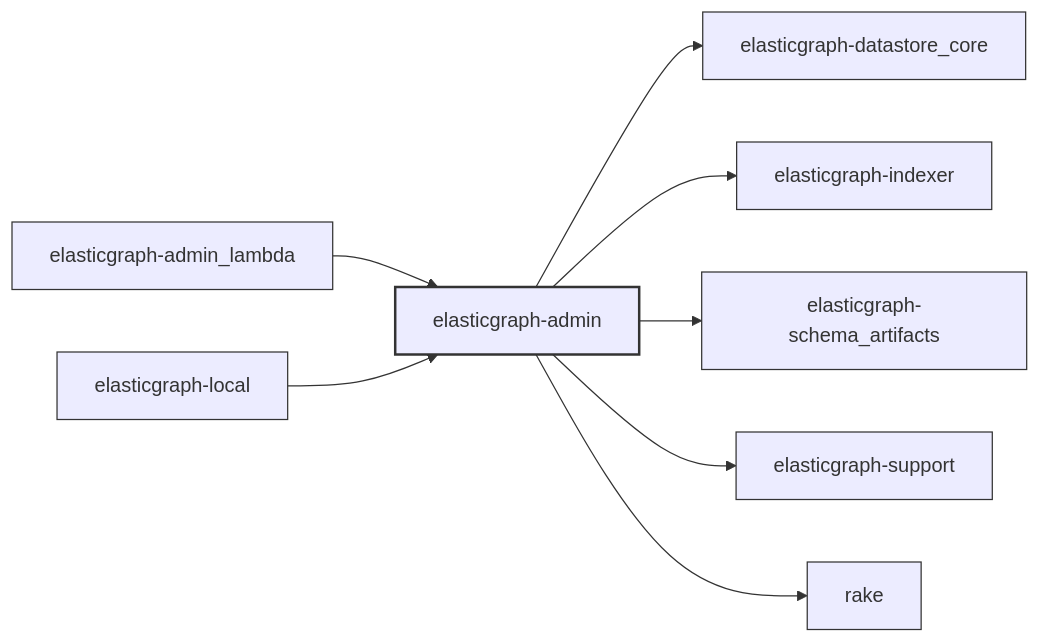
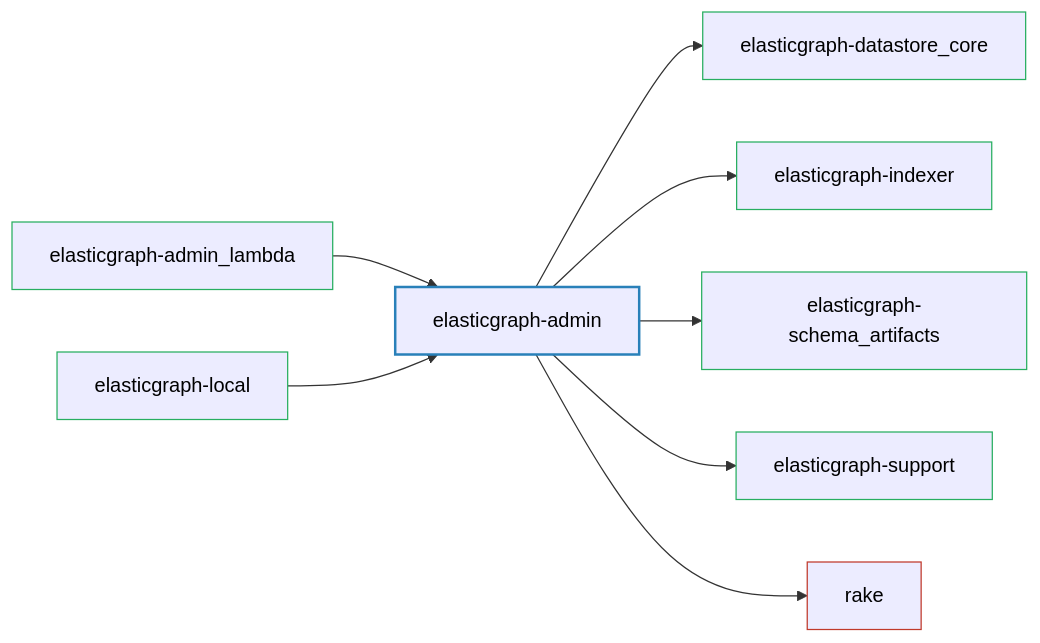
Before and after one commit to block/elasticgraph: the diagram in elasticgraph-admin/README.md, drawn with Mermaid. The commit also changed 21 other files, not shown here.

````diff
--- a/elasticgraph-admin/README.md
+++ b/elasticgraph-admin/README.md
@@ -7,22 +7,26 @@
 ```mermaid
 graph LR;
+    elasticgraph-admin["elasticgraph-admin"];
+    elasticgraph-datastore_core["elasticgraph-datastore_core"];
     elasticgraph-admin --> elasticgraph-datastore_core;
+    elasticgraph-indexer["elasticgraph-indexer"];
     elasticgraph-admin --> elasticgraph-indexer;
+    elasticgraph-schema_artifacts["elasticgraph-schema_artifacts"];
     elasticgraph-admin --> elasticgraph-schema_artifacts;
+    elasticgraph-support["elasticgraph-support"];
     elasticgraph-admin --> elasticgraph-support;
+    rake["rake"];
     elasticgraph-admin --> rake;
+    elasticgraph-admin_lambda["elasticgraph-admin_lambda"];
     elasticgraph-admin_lambda --> elasticgraph-admin;
+    elasticgraph-local["elasticgraph-local"];
     elasticgraph-local --> elasticgraph-admin;
-    classDef currentGemStyle fill:#lightblue,stroke:#333,stroke-width:2px;
-    classDef internalEgGemStyle fill:#lightgreen,stroke:#333,stroke-width:1px;
-    classDef externalGemStyle fill:#lightcoral,stroke:#333,stroke-width:1px;
-    classDef placeholderNodeStyle fill:#eee,stroke:#333,stroke-width:1px;
-    class elasticgraph-admin currentGemStyle;
-    class elasticgraph-datastore_core internalEgGemStyle;
-    class elasticgraph-indexer internalEgGemStyle;
-    class elasticgraph-schema_artifacts internalEgGemStyle;
-    class elasticgraph-support internalEgGemStyle;
-    class rake externalGemStyle;
-    class elasticgraph-admin_lambda internalEgGemStyle;
-    class elasticgraph-local internalEgGemStyle;
+    style elasticgraph-admin fill:#lightblue,stroke:#2980b9,stroke-width:2px,color:#000;
+    style elasticgraph-datastore_core fill:#lightgreen,stroke:#27ae60,stroke-width:1px,color:#000;
+    style elasticgraph-indexer fill:#lightgreen,stroke:#27ae60,stroke-width:1px,color:#000;
+    style elasticgraph-schema_artifacts fill:#lightgreen,stroke:#27ae60,stroke-width:1px,color:#000;
+    style elasticgraph-support fill:#lightgreen,stroke:#27ae60,stroke-width:1px,color:#000;
+    style rake fill:#lightcoral,stroke:#c0392b,stroke-width:1px,color:#000;
+    style elasticgraph-admin_lambda fill:#lightgreen,stroke:#27ae60,stroke-width:1px,color:#000;
+    style elasticgraph-local fill:#lightgreen,stroke:#27ae60,stroke-width:1px,color:#000;
 ```
````
